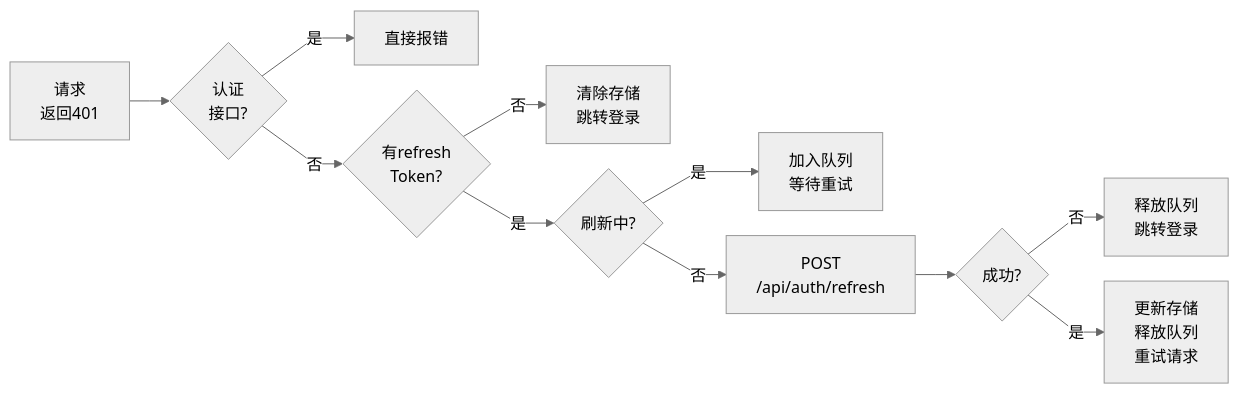
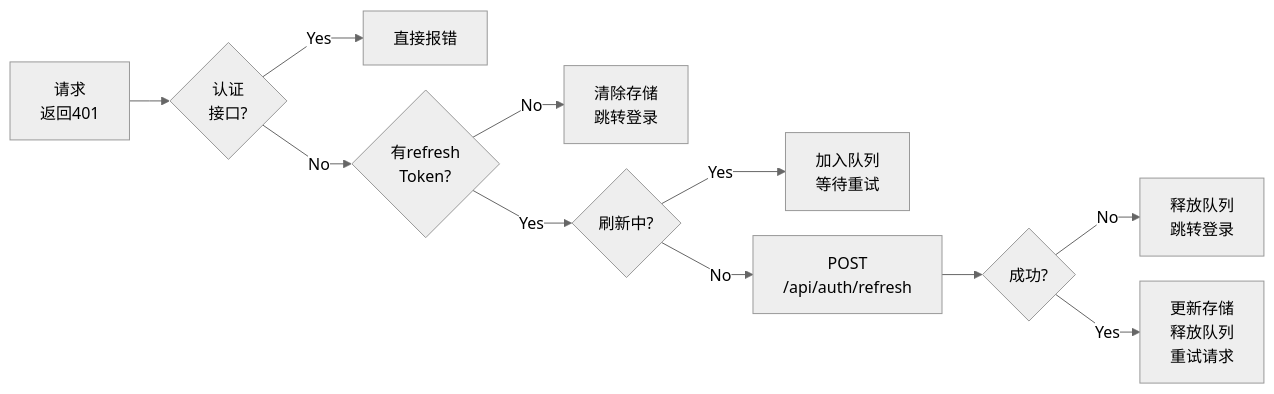
One commit to Wkjlovec/graduation_project_zhuang changed the diagram in docs/diagrams/fig4-10-token-refresh-flow.mmd. Above: the diagram before and after it, drawn with Mermaid. The commit also changed 14 other files, not shown here.

Commit message:
docs: 图4-1加分层标注, 流程图是/否改Yes/No, 搜索图改数据流样式, 4.3补充索引清单表

```diff
--- a/docs/diagrams/fig4-10-token-refresh-flow.mmd
+++ b/docs/diagrams/fig4-10-token-refresh-flow.mmd
@@ -1,12 +1,12 @@
 %%{init: {'theme': 'neutral', 'flowchart': {'curve': 'linear', 'rankSpacing': 40, 'nodeSpacing': 25}}}%%
 graph LR
     A["请求\n返回401"] --> B{"认证\n接口?"}
-    B -->|是| C["直接报错"]
-    B -->|否| D{"有refresh\nToken?"}
-    D -->|否| E["清除存储\n跳转登录"]
-    D -->|是| F{"刷新中?"}
-    F -->|是| G["加入队列\n等待重试"]
-    F -->|否| H["POST\n/api/auth/refresh"]
+    B -->|Yes| C["直接报错"]
+    B -->|No| D{"有refresh\nToken?"}
+    D -->|No| E["清除存储\n跳转登录"]
+    D -->|Yes| F{"刷新中?"}
+    F -->|Yes| G["加入队列\n等待重试"]
+    F -->|No| H["POST\n/api/auth/refresh"]
     H --> I{"成功?"}
-    I -->|否| J["释放队列\n跳转登录"]
-    I -->|是| K["更新存储\n释放队列\n重试请求"]
+    I -->|No| J["释放队列\n跳转登录"]
+    I -->|Yes| K["更新存储\n释放队列\n重试请求"]
```
